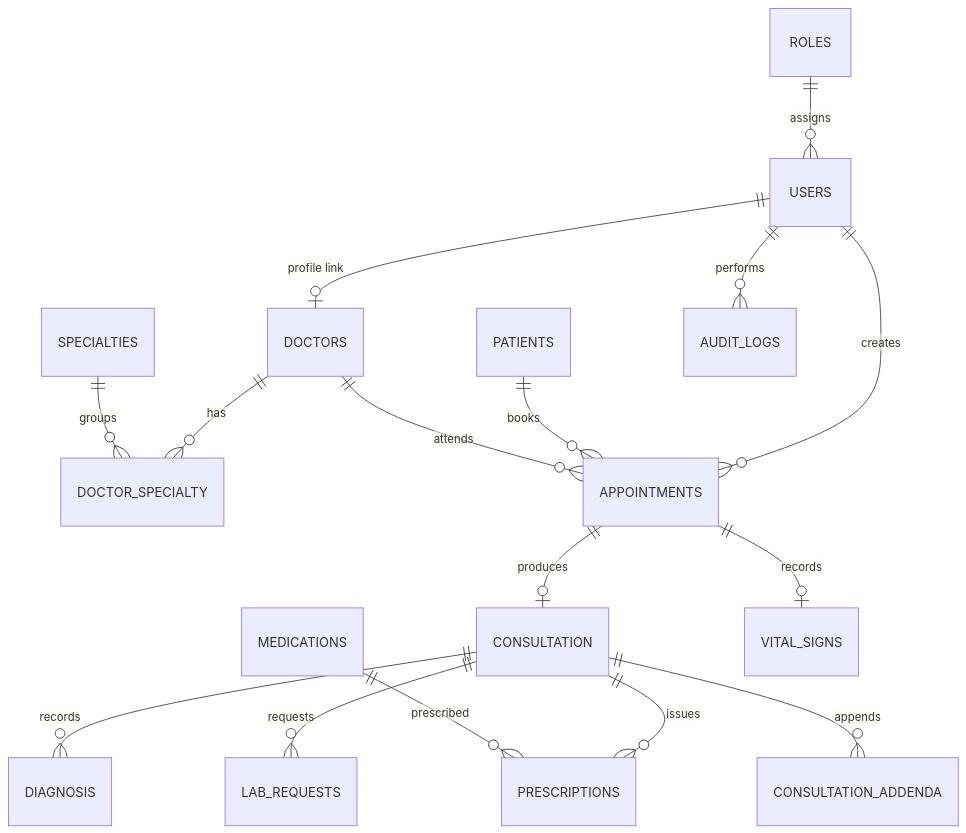
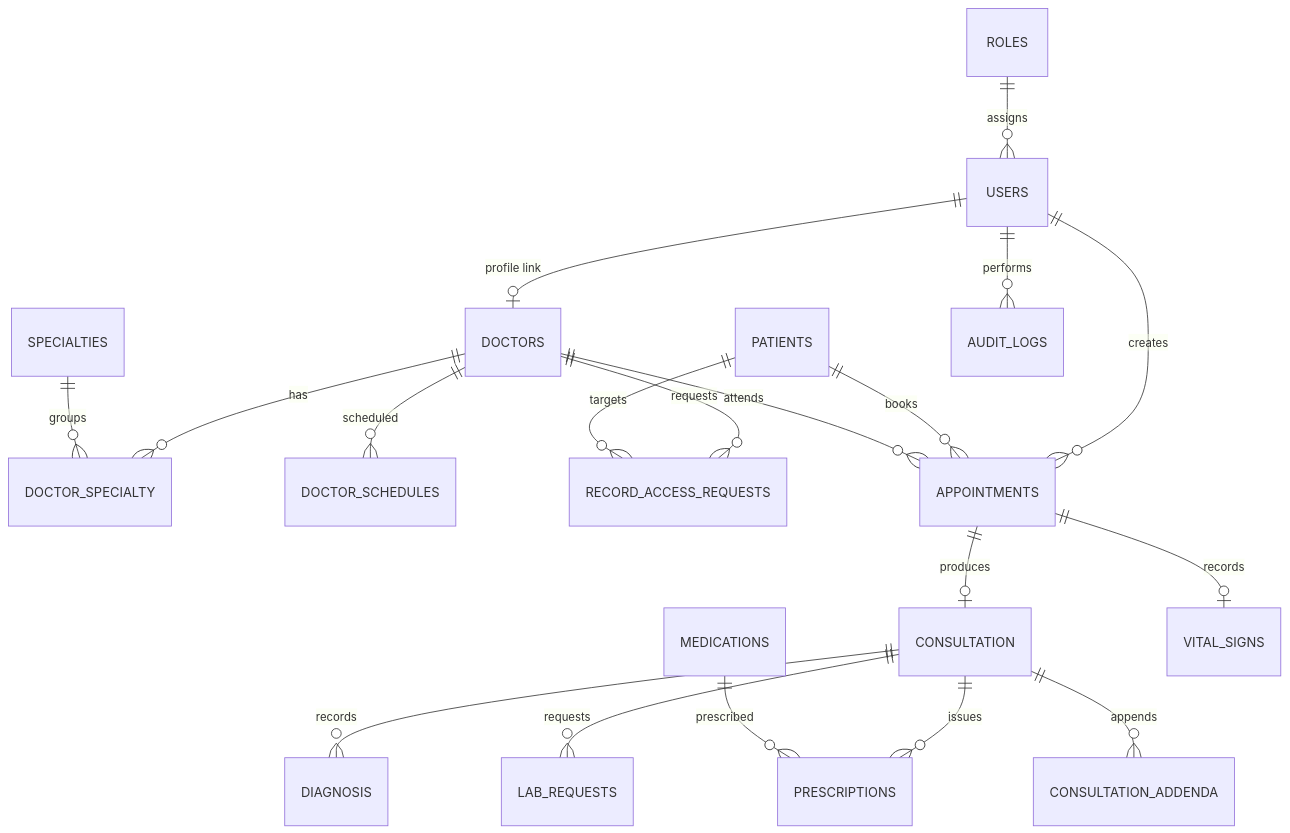
The diagram in docs/obsidian-vault/Database Schema.md (Zula-stdnt/Clinic-Appointment-and-Patient-Records-System), drawn with Mermaid before and after one commit. The commit also changed other lines of this file and 59 other files, not shown here.

````diff
--- a/docs/obsidian-vault/Database Schema.md
+++ b/docs/obsidian-vault/Database Schema.md
@@ -18,18 +18,21 @@
 ```mermaid
 erDiagram
     ROLES ||--o{ USERS : assigns
     USERS ||--o| DOCTORS : "profile link"
     DOCTORS ||--o{ DOCTOR_SPECIALTY : has
     SPECIALTIES ||--o{ DOCTOR_SPECIALTY : groups
+    DOCTORS ||--o{ DOCTOR_SCHEDULES : scheduled
+    DOCTORS ||--o{ RECORD_ACCESS_REQUESTS : requests
+    PATIENTS ||--o{ RECORD_ACCESS_REQUESTS : targets
     USERS ||--o{ APPOINTMENTS : creates
     PATIENTS ||--o{ APPOINTMENTS : books
     DOCTORS ||--o{ APPOINTMENTS : attends
     APPOINTMENTS ||--o| CONSULTATION : produces
     CONSULTATION ||--o{ DIAGNOSIS : records
     CONSULTATION ||--o{ PRESCRIPTIONS : issues
     CONSULTATION ||--o{ LAB_REQUESTS : requests
     CONSULTATION ||--o{ CONSULTATION_ADDENDA : appends
     MEDICATIONS ||--o{ PRESCRIPTIONS : prescribed
     APPOINTMENTS ||--o| VITAL_SIGNS : records
     USERS ||--o{ AUDIT_LOGS : performs
 ```
````
